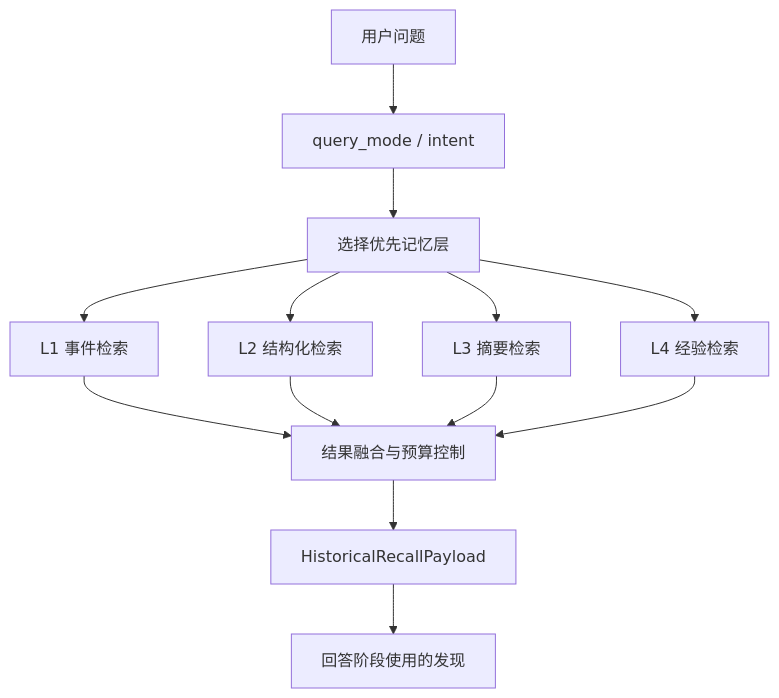
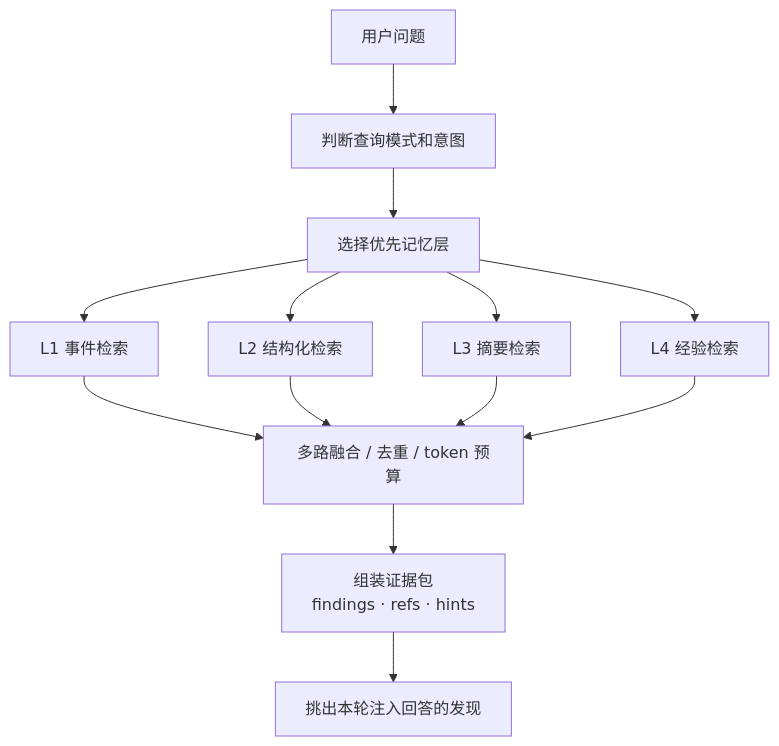
Before and after one commit to asukaonly/asukaonly.github.io: the second of 3 diagrams in content/posts/ai/magi记忆写入与检索流程.md, drawn with Mermaid. The commit also changed other lines of this file and 3 other files, not shown here.

````diff
--- a/content/posts/ai/magi记忆写入与检索流程.md
+++ b/content/posts/ai/magi记忆写入与检索流程.md
@@ -109,15 +120,15 @@
 ```mermaid
 flowchart TD
-    A[用户问题] --> B[query_mode / intent]
+    A[用户问题] --> B[判断查询模式和意图]
     B --> C[选择优先记忆层]
     C --> D[L1 事件检索]
     C --> E[L2 结构化检索]
     C --> F[L3 摘要检索]
     C --> G[L4 经验检索]
-    D --> H[结果融合与预算控制]
+    D --> H[多路融合 / 去重 / token 预算]
     E --> H
     F --> H
     G --> H
-    H --> I[HistoricalRecallPayload]
-    I --> J[回答阶段使用的发现]
+    H --> I[组装证据包<br/>findings · refs · hints]
+    I --> J[挑出本轮注入回答的发现]
 ```
````
